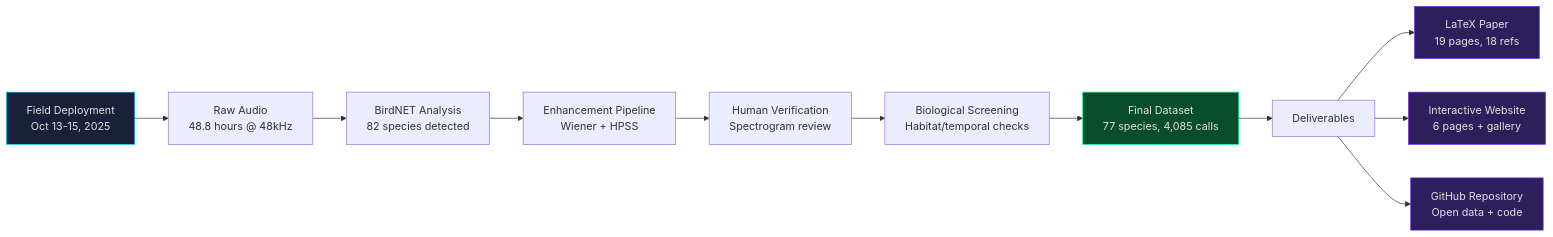
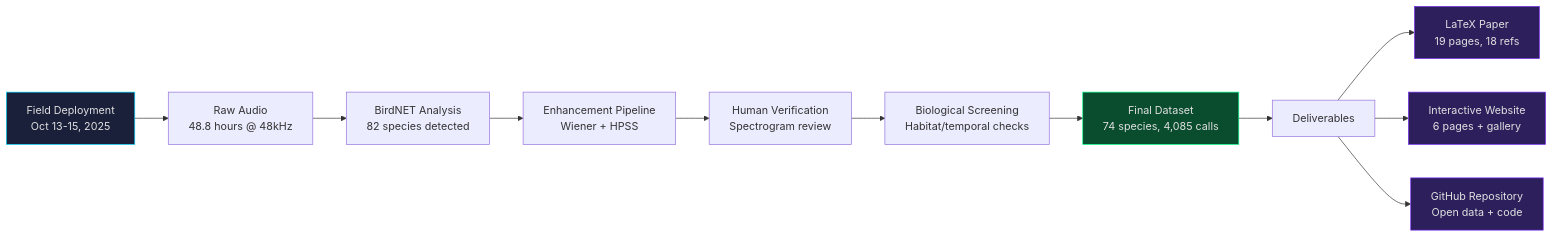
One commit to Ziforge/gaulosen-study changed the first of 4 diagrams in README.md. Above: the diagram before and after it, drawn with Mermaid. The commit also changed other lines of this file and 9 other files, not shown here.

````diff
--- a/README.md
+++ b/README.md
@@ -57,19 +57,19 @@
 ```mermaid
 flowchart LR
     A[Field Deployment<br/>Oct 13-15, 2025] --> B[Raw Audio<br/>48.8 hours @ 48kHz]
     B --> C[BirdNET Analysis<br/>82 species detected]
     C --> D[Enhancement Pipeline<br/>Wiener + HPSS]
     D --> E[Human Verification<br/>Spectrogram review]
     E --> F[Biological Screening<br/>Habitat/temporal checks]
-    F --> G[Final Dataset<br/>77 species, 4,085 calls]
+    F --> G[Final Dataset<br/>74 species, 4,085 calls]
     G --> H[Deliverables]
     H --> I[LaTeX Paper<br/>19 pages, 18 refs]
     H --> J[Interactive Website<br/>6 pages + gallery]
     H --> K[GitHub Repository<br/>Open data + code]
 
     style A fill:#1a1f3a,stroke:#00d4ff,color:#e0e0e0
     style G fill:#0a4d2e,stroke:#00ff88,color:#e0e0e0
     style I fill:#2d1f5c,stroke:#7b2ff7,color:#e0e0e0
     style J fill:#2d1f5c,stroke:#7b2ff7,color:#e0e0e0
     style K fill:#2d1f5c,stroke:#7b2ff7,color:#e0e0e0
 ```
````
